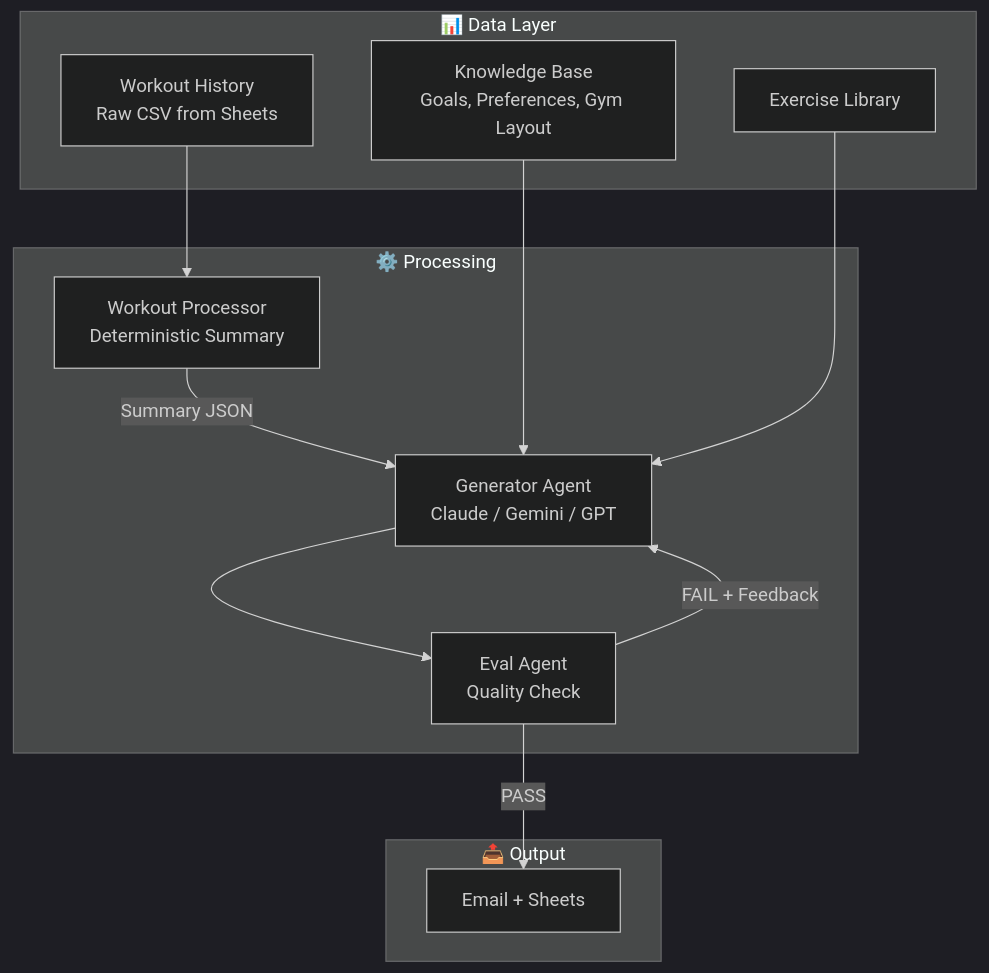
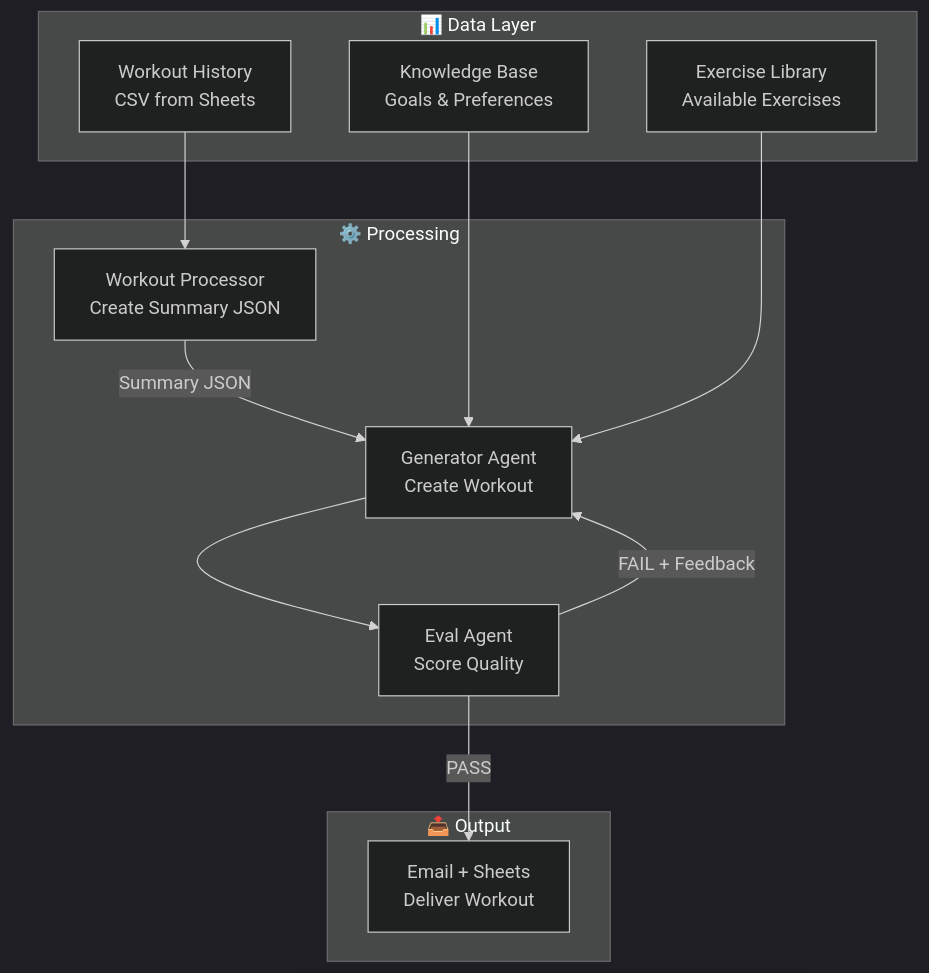
Before and after one commit to veritas6161/fitness-agent-rr-opensource: the diagram in README.md, drawn with Mermaid (dark theme). The commit also changed other lines of this file and 6 other files, not shown here.

Commit message:
Add email screenshot and improve Mermaid diagram with uniform box sizes

````diff
--- a/README.md
+++ b/README.md
@@ -60,26 +68,26 @@
 ```mermaid
 graph TB
     subgraph "📊 Data Layer"
-        A[Knowledge Base<br/>Goals, Preferences, Gym Layout]
-        B[Workout History<br/>Raw CSV from Sheets]
-        C[Exercise Library]
+        A[Knowledge Base<br/>Goals & Preferences]
+        B[Workout History<br/>CSV from Sheets]
+        C[Exercise Library<br/>Available Exercises]
     end
     
     subgraph "⚙️ Processing"
-        D[Workout Processor<br/>Deterministic Summary]
-        E[Generator Agent<br/>Claude / Gemini / GPT]
-        F[Eval Agent<br/>Quality Check]
+        D[Workout Processor<br/>Create Summary JSON]
+        E[Generator Agent<br/>Create Workout]
+        F[Eval Agent<br/>Score Quality]
     end
     
     subgraph "📤 Output"
-        G[Email + Sheets]
+        G[Email + Sheets<br/>Deliver Workout]
     end
     
     B --> D
     D -->|Summary JSON| E
     A --> E
     C --> E
     E --> F
     F -->|PASS| G
     F -->|FAIL + Feedback| E
 ```
````
